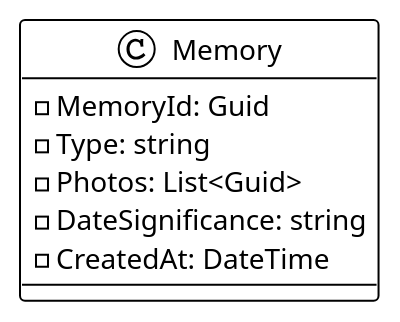
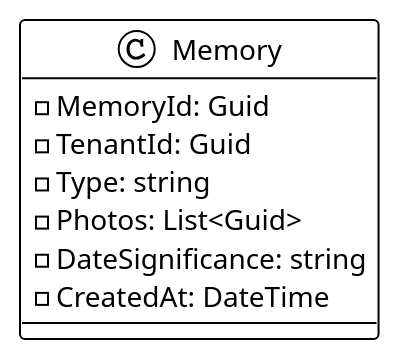
Before and after one commit to QuinntyneBrown/Apps: the diagram in FamilyPhotoAlbumOrganizer/docs/specs/diagrams/memories-class-diagram.puml, drawn with PlantUML. The commit also changed 474 other files, not shown here.

```diff
--- a/FamilyPhotoAlbumOrganizer/docs/specs/diagrams/memories-class-diagram.puml
+++ b/FamilyPhotoAlbumOrganizer/docs/specs/diagrams/memories-class-diagram.puml
@@ -1,10 +1,11 @@
 @startuml
 !theme plain
 class Memory {
   - MemoryId: Guid
+  - TenantId: Guid
   - Type: string
   - Photos: List<Guid>
   - DateSignificance: string
   - CreatedAt: DateTime
 }
 @enduml
```
